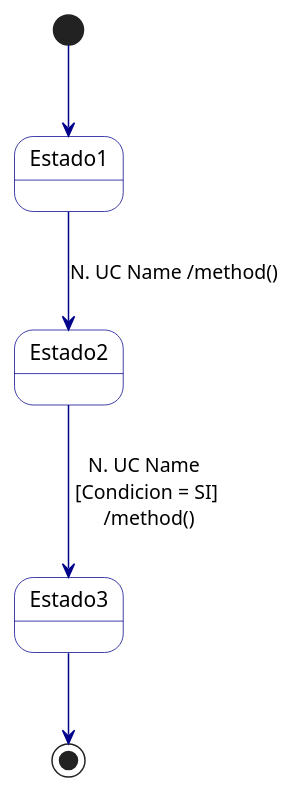
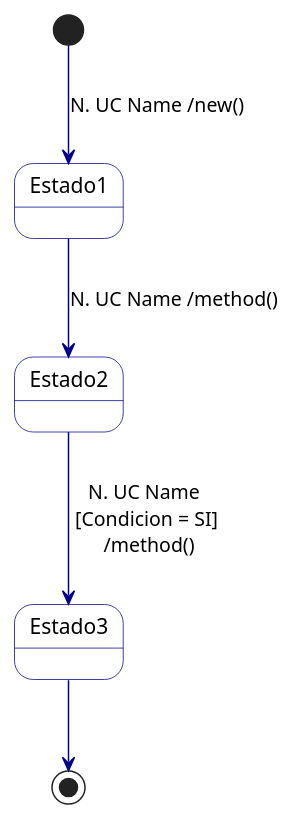
Before and after one commit to sydgibbon/PPAI_2026_G_12: the sixth of 6 diagrams in .agent/skills/puml-state-machine/SKILL.md, drawn with PlantUML. The commit also changed other lines of this file and 1 other file, not shown here.

````diff
--- a/.agent/skills/puml-state-machine/SKILL.md
+++ b/.agent/skills/puml-state-machine/SKILL.md
@@ -127,28 +130,28 @@
 ```plantuml
 @startuml Maquina de Estados - [EntityName]
 
 skinparam stateBorderColor DarkBlue
 skinparam stateBackgroundColor White
 skinparam arrowColor DarkBlue
 
 ' ========================
 ' STATES (from docs/descripcion_dominio.md — declaration only)
 ' ========================
 
 state Estado1
 state Estado2
 state Estado3
 
 ' ========================
 ' TRANSITIONS
 ' ========================
 
-[*] --> Estado1
+[*] --> Estado1 : N. UC Name /new()
 
 Estado1 --> Estado2 : N. UC Name /method()
 Estado2 --> Estado3 : N. UC Name \n [Condicion = SI] \n /method()
 
 Estado3 --> [*]
 
 @enduml
 ```
````
